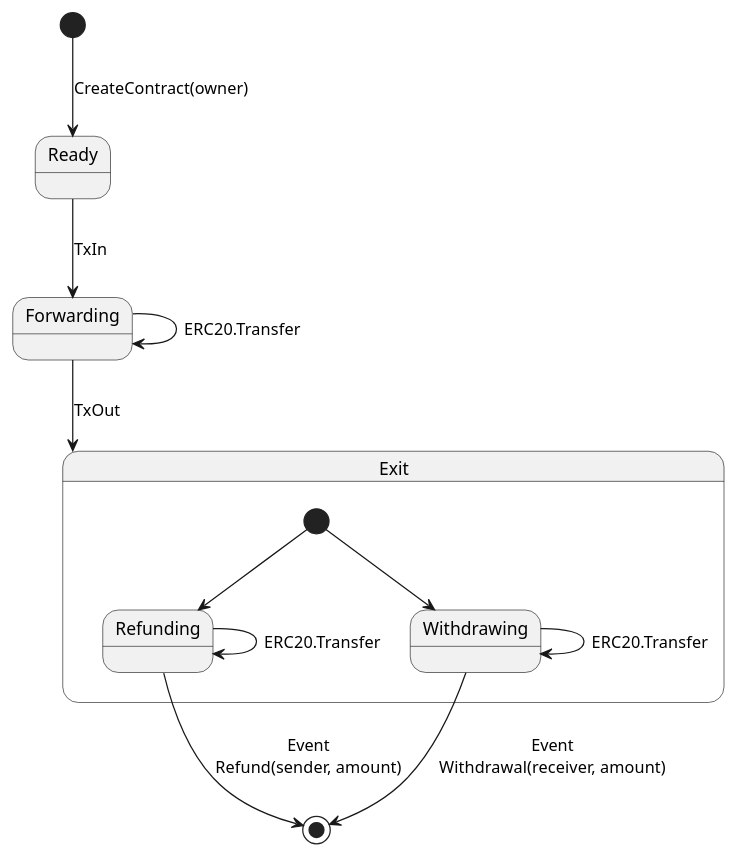
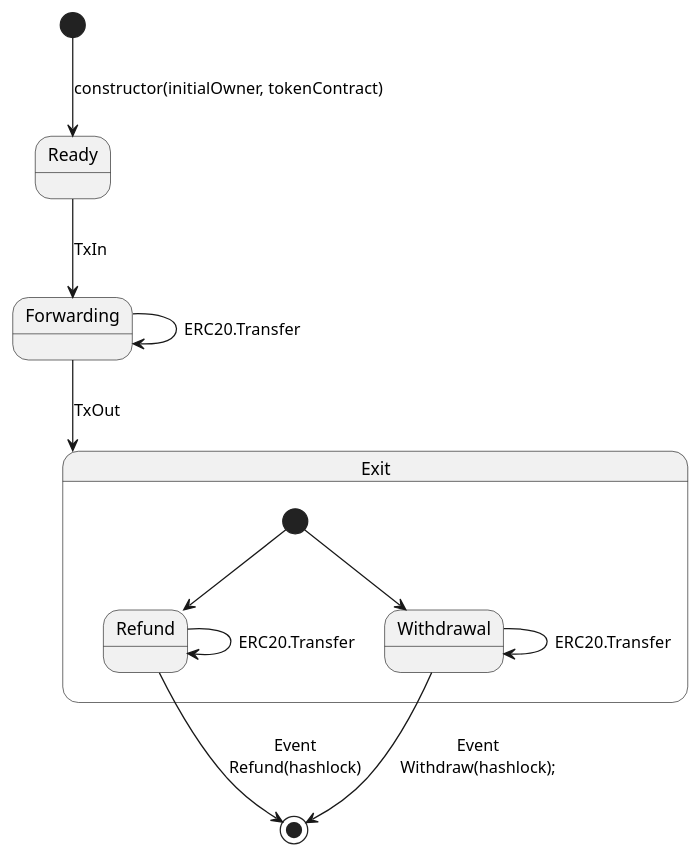
Before and after one commit to SatsBridge/awesome-htlc: the diagram in docs/fsm.plantuml, drawn with PlantUML. The commit also changed 7 other files, not shown here.

```diff
--- a/docs/fsm.plantuml
+++ b/docs/fsm.plantuml
@@ -1,19 +1,19 @@
 @startuml
 ' FSM for simple forwarder contract
 
 state Exit {
- [*] --> Refunding
- [*] --> Withdrawing
+ [*] --> Refund
+ [*] --> Withdrawal
 
- Refunding --> Refunding: ERC20.Transfer
- Withdrawing --> Withdrawing: ERC20.Transfer
+ Refund --> Refund: ERC20.Transfer
+ Withdrawal --> Withdrawal: ERC20.Transfer
 }
 
-[*] --> Ready : CreateContract(owner)
+[*] --> Ready : constructor(initialOwner, tokenContract)
 Ready --> Forwarding: TxIn
 Forwarding --> Forwarding: ERC20.Transfer
 Forwarding --> Exit: TxOut
 
-Refunding --> [*]: Event\nRefund(sender, amount)
-Withdrawing --> [*]: Event\nWithdrawal(receiver, amount)
+Refund --> [*]: Event\nRefund(hashlock)
+Withdrawal --> [*]: Event\nWithdraw(hashlock);
 @enduml
```
